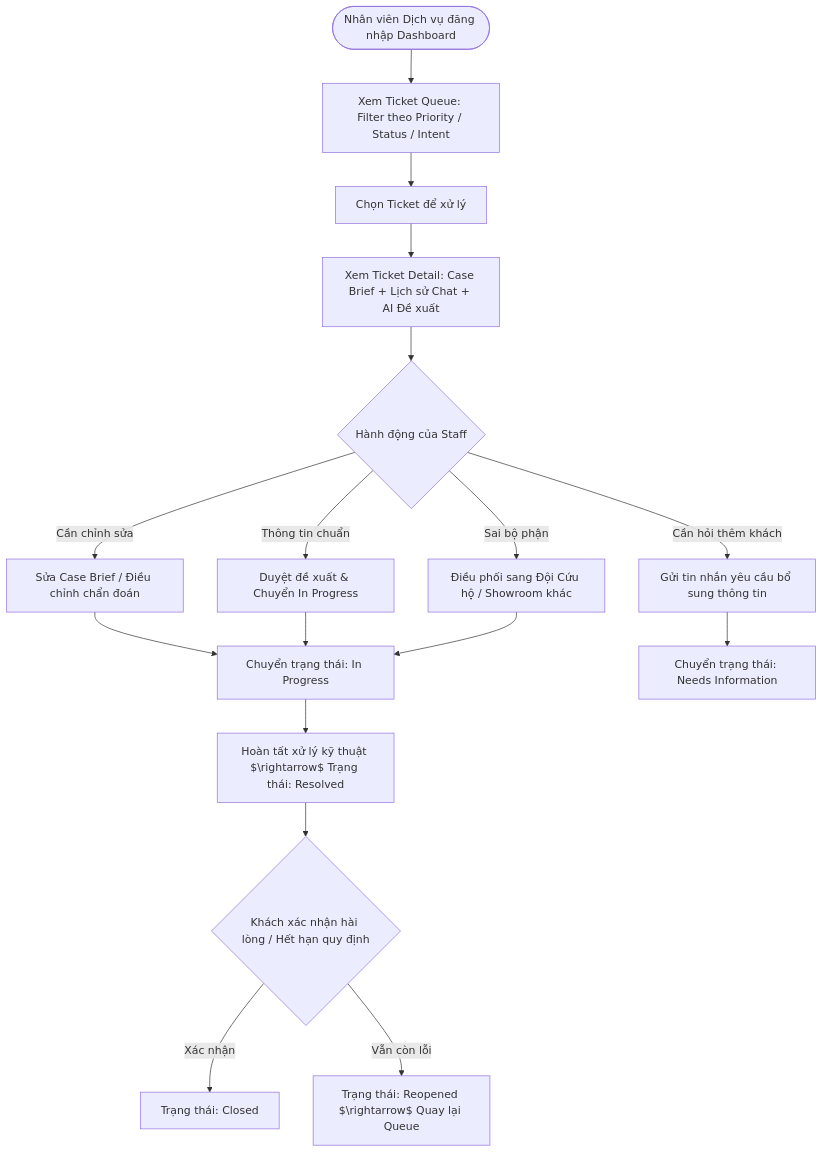
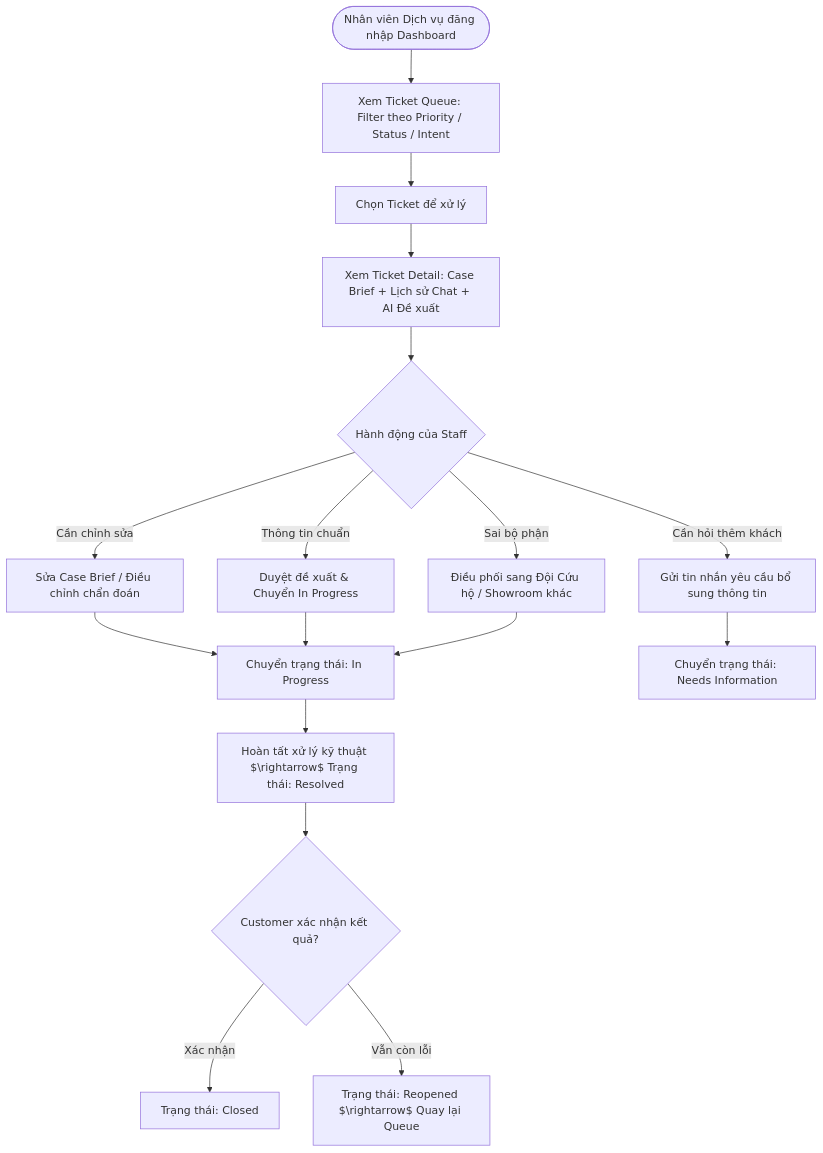
The second of 3 diagrams in docs/product/user-flows.md (TheViet298/viet-ai), drawn with Mermaid before and after one commit. The commit also changed other lines of this file and 442 other files, not shown here.

````diff
--- a/docs/product/user-flows.md
+++ b/docs/product/user-flows.md
@@ -64,23 +80,23 @@
 ```mermaid
 flowchart TD
     StaffLogin([Nhân viên Dịch vụ đăng nhập Dashboard]) --> ViewQueue[Xem Ticket Queue: Filter theo Priority / Status / Intent]
     ViewQueue --> SelectTicket[Chọn Ticket để xử lý]
     SelectTicket --> ViewDetail[Xem Ticket Detail: Case Brief + Lịch sử Chat + AI Đề xuất]
     
     ViewDetail --> StaffAction{Hành động của Staff}
     
     StaffAction -->|Thông tin chuẩn| Approve[Duyệt đề xuất & Chuyển In Progress]
     StaffAction -->|Cần chỉnh sửa| EditBrief[Sửa Case Brief / Điều chỉnh chẩn đoán]
     StaffAction -->|Sai bộ phận| Reroute[Điều phối sang Đội Cứu hộ / Showroom khác]
     StaffAction -->|Cần hỏi thêm khách| AskCustomer[Gửi tin nhắn yêu cầu bổ sung thông tin]
     
     EditBrief --> InProgress[Chuyển trạng thái: In Progress]
     Approve --> InProgress
     Reroute --> InProgress
     AskCustomer --> AwaitingCust[Chuyển trạng thái: Needs Information]
     
     InProgress --> ResolveTicket[Hoàn tất xử lý kỹ thuật $\rightarrow$ Trạng thái: Resolved]
-    ResolveTicket --> ConfirmCustomer{Khách xác nhận hài lòng / Hết hạn quy định}
+    ResolveTicket --> ConfirmCustomer{Customer xác nhận kết quả?}
     ConfirmCustomer -->|Xác nhận| CloseTicket[Trạng thái: Closed]
     ConfirmCustomer -->|Vẫn còn lỗi| ReopenTicket[Trạng thái: Reopened $\rightarrow$ Quay lại Queue]
 ```
````
